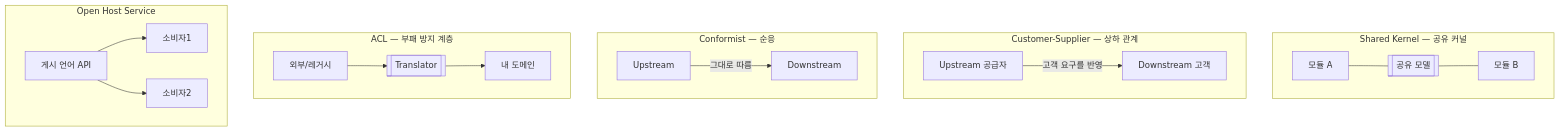
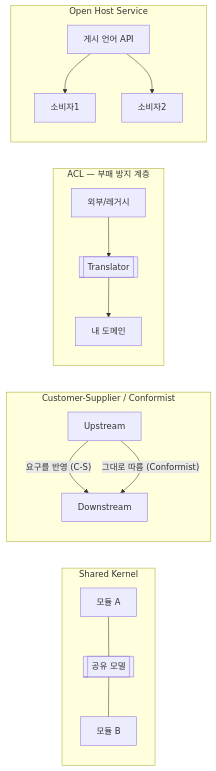
Before and after one commit to ktae23/TIL: the second of 4 diagrams in MSA/14-module-boundary-and-ddd.md, drawn with Mermaid. The commit also changed other lines of this file and 3 other files, not shown here.

````diff
--- a/MSA/14-module-boundary-and-ddd.md
+++ b/MSA/14-module-boundary-and-ddd.md
@@ -160,19 +160,17 @@
 ```mermaid
-flowchart TB
-    subgraph SK["Shared Kernel — 공유 커널"]
+flowchart LR
+    subgraph SK["Shared Kernel"]
         A1[모듈 A] --- K[[공유 모델]] --- B1[모듈 B]
     end
-    subgraph CS["Customer-Supplier — 상하 관계"]
-        U[Upstream 공급자] -->|"고객 요구를 반영"| D[Downstream 고객]
-    end
-    subgraph CF["Conformist — 순응"]
-        U2[Upstream] -->|"그대로 따름"| D2[Downstream]
+    subgraph CS["Customer-Supplier / Conformist"]
+        U[Upstream] -->|"요구를 반영 (C-S)"| D[Downstream]
+        U -->|"그대로 따름 (Conformist)"| D
     end
     subgraph ACLg["ACL — 부패 방지 계층"]
         U3[외부/레거시] --> L[[Translator]] --> D3[내 도메인]
     end
     subgraph OHS["Open Host Service"]
         P[게시 언어 API] --> C1[소비자1]
         P --> C2[소비자2]
     end
 ```
````
